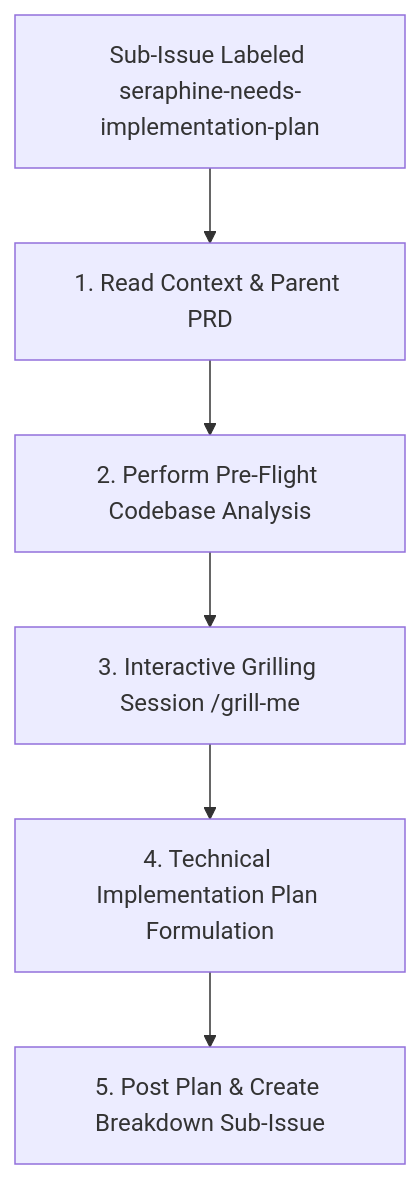
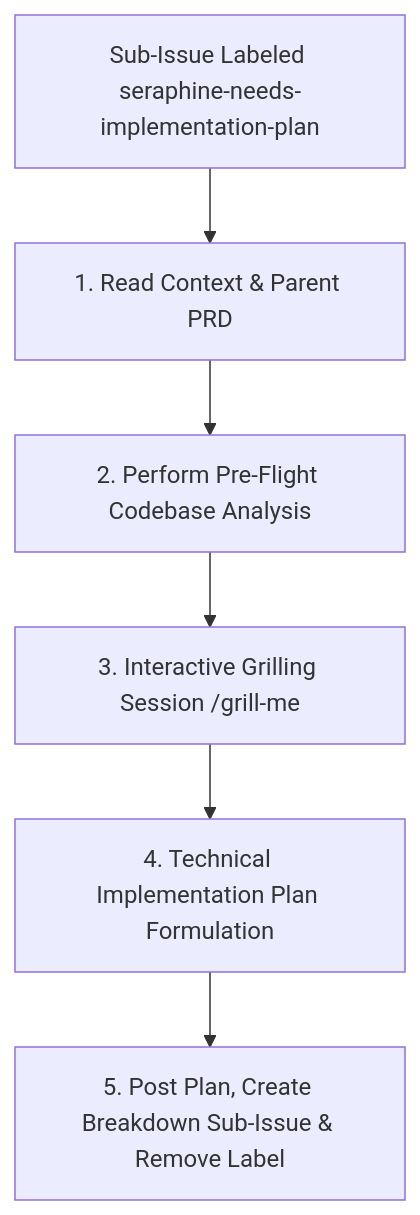
One commit to brotherlogic/seraphine changed the diagram in .agent/workflows/seraphine-needs-implementation-plan.md. Above: the diagram before and after it, drawn with Mermaid. The commit also changed other lines of this file and 7 other files, not shown here.

````diff
--- a/.agent/workflows/seraphine-needs-implementation-plan.md
+++ b/.agent/workflows/seraphine-needs-implementation-plan.md
@@ -7,8 +7,8 @@
 ```mermaid
 graph TD
     A[Sub-Issue Labeled seraphine-needs-implementation-plan] --> B[1. Read Context & Parent PRD]
     B --> C[2. Perform Pre-Flight Codebase Analysis]
     C --> D[3. Interactive Grilling Session /grill-me]
     D --> E[4. Technical Implementation Plan Formulation]
-    E --> F[5. Post Plan & Create Breakdown Sub-Issue]
+    E --> F[5. Post Plan, Create Breakdown Sub-Issue & Remove Label]
 ```
````
